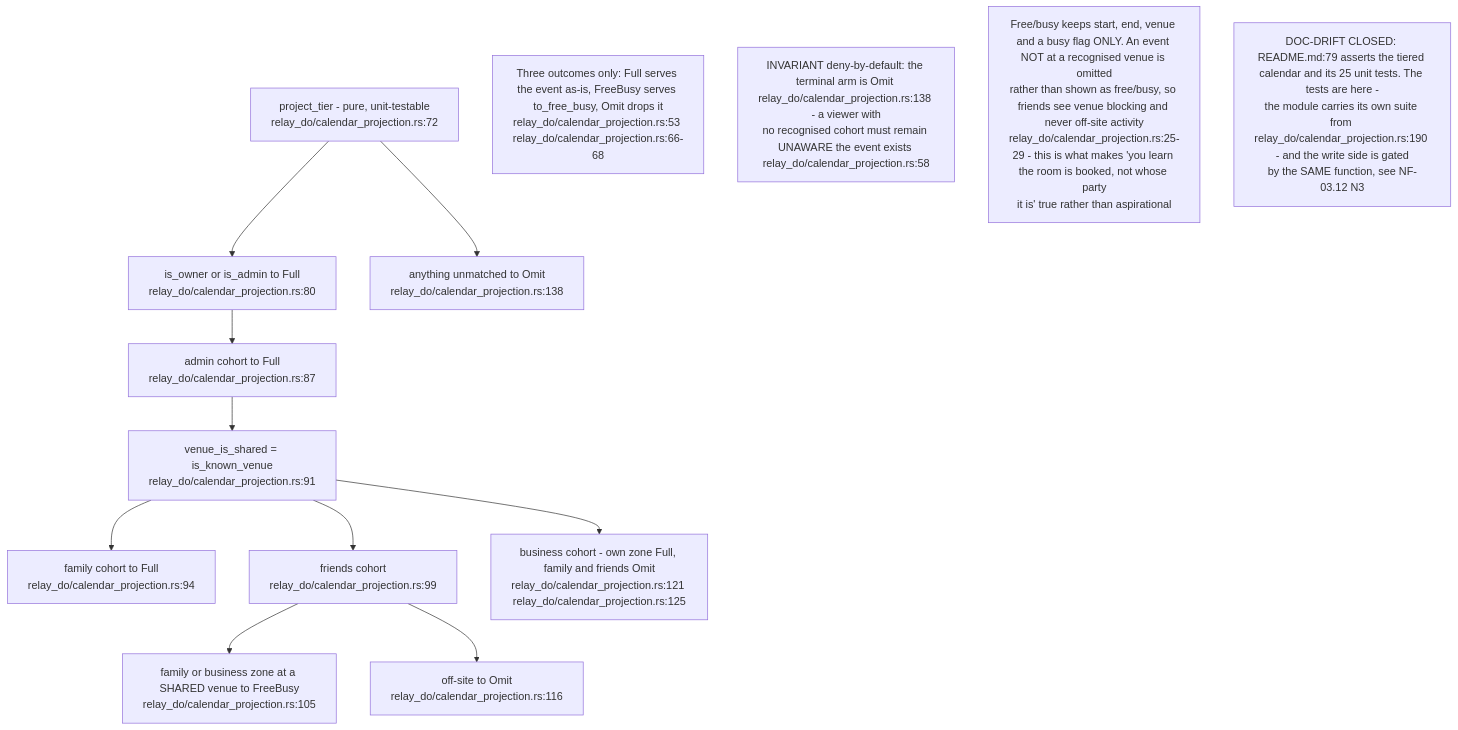
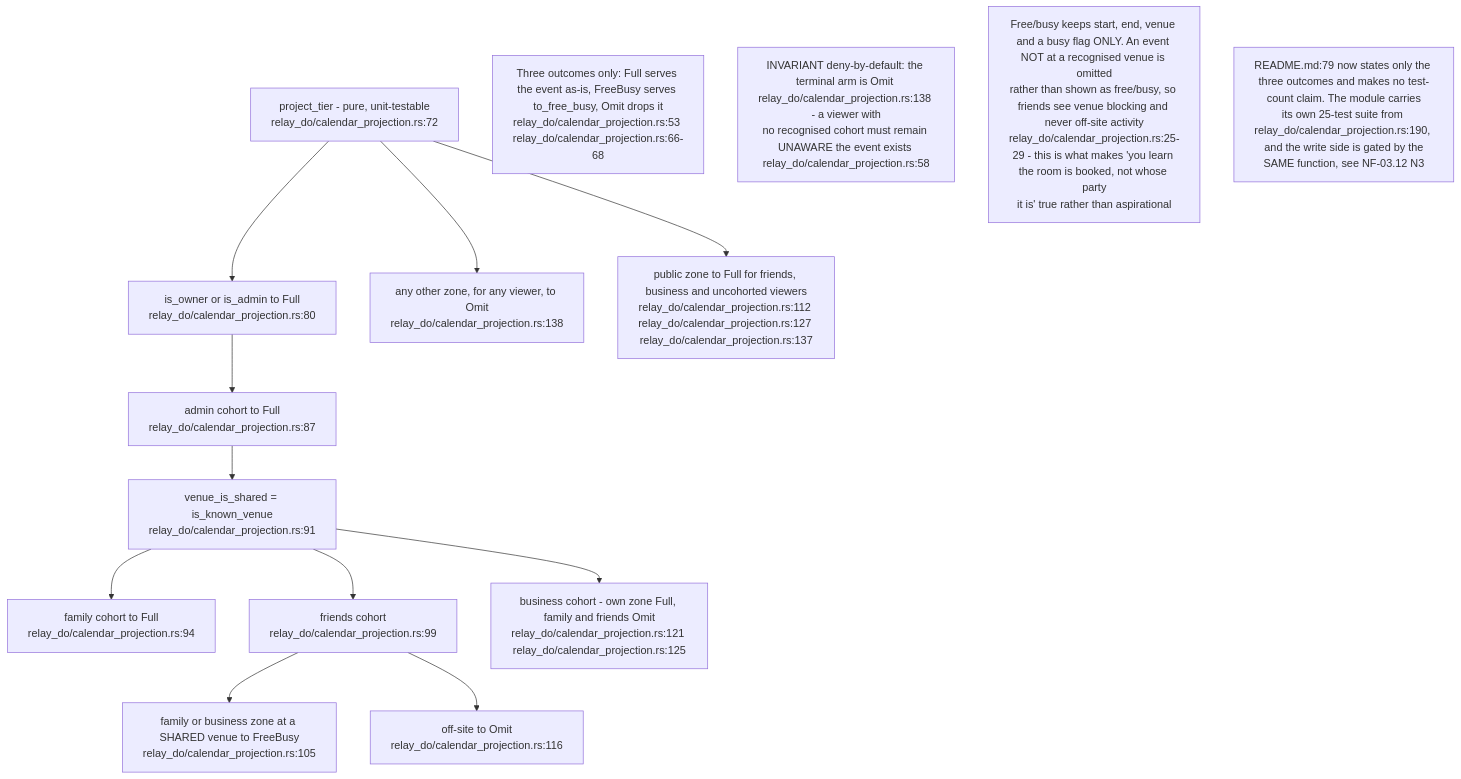
The seventh of 16 diagrams in docs/diagrams/nostr-rust-forum/11-relay-durable-object-internals.md (DreamLab-AI/VisionFlow), drawn with Mermaid before and after one commit. The commit also changed other lines of this file and 91 other files, not shown here.

````diff
--- a/docs/diagrams/nostr-rust-forum/11-relay-durable-object-internals.md
+++ b/docs/diagrams/nostr-rust-forum/11-relay-durable-object-internals.md
@@ -233,23 +240,25 @@
 ```mermaid
 flowchart TB
     PT["project_tier - pure, unit-testable<br/>relay_do/calendar_projection.rs:72"]
     OWN["is_owner or is_admin to Full<br/>relay_do/calendar_projection.rs:80"]
     CADM["admin cohort to Full<br/>relay_do/calendar_projection.rs:87"]
     VEN["venue_is_shared = is_known_venue<br/>relay_do/calendar_projection.rs:91"]
     FAM["family cohort to Full<br/>relay_do/calendar_projection.rs:94"]
     FRI["friends cohort<br/>relay_do/calendar_projection.rs:99"]
     FRIV["family or business zone at a SHARED venue to FreeBusy<br/>relay_do/calendar_projection.rs:105"]
     FRIO["off-site to Omit<br/>relay_do/calendar_projection.rs:116"]
     BUS["business cohort - own zone Full, family and friends Omit<br/>relay_do/calendar_projection.rs:121 relay_do/calendar_projection.rs:125"]
-    DEF["anything unmatched to Omit<br/>relay_do/calendar_projection.rs:138"]
+    DEF["any other zone, for any viewer, to Omit<br/>relay_do/calendar_projection.rs:138"]
+    PUB["public zone to Full for friends, business and uncohorted viewers<br/>relay_do/calendar_projection.rs:112 relay_do/calendar_projection.rs:127 relay_do/calendar_projection.rs:137"]
 
     PT --> OWN --> CADM --> VEN
     VEN --> FAM & FRI & BUS
     FRI --> FRIV & FRIO
     PT --> DEF
+    PT --> PUB
 
     N1["Three outcomes only: Full serves the event as-is, FreeBusy serves to_free_busy, Omit drops it<br/>relay_do/calendar_projection.rs:53 relay_do/calendar_projection.rs:66-68"]
     N2["INVARIANT deny-by-default: the terminal arm is Omit relay_do/calendar_projection.rs:138 - a viewer with<br/>no recognised cohort must remain UNAWARE the event exists relay_do/calendar_projection.rs:58"]
     N3["Free/busy keeps start, end, venue and a busy flag ONLY. An event NOT at a recognised venue is omitted<br/>rather than shown as free/busy, so friends see venue blocking and never off-site activity<br/>relay_do/calendar_projection.rs:25-29 - this is what makes 'you learn the room is booked, not whose party<br/>it is' true rather than aspirational"]
-    N4["DOC-DRIFT CLOSED: README.md:79 asserts the tiered calendar and its 25 unit tests. The tests are here -<br/>the module carries its own suite from relay_do/calendar_projection.rs:190 - and the write side is gated<br/>by the SAME function, see NF-03.12 N3"]
+    N4["README.md:79 now states only the three outcomes and makes no test-count claim. The module carries<br/>its own 25-test suite from relay_do/calendar_projection.rs:190, and the write side is gated by the<br/>SAME function, see NF-03.12 N3"]
 ```
````
